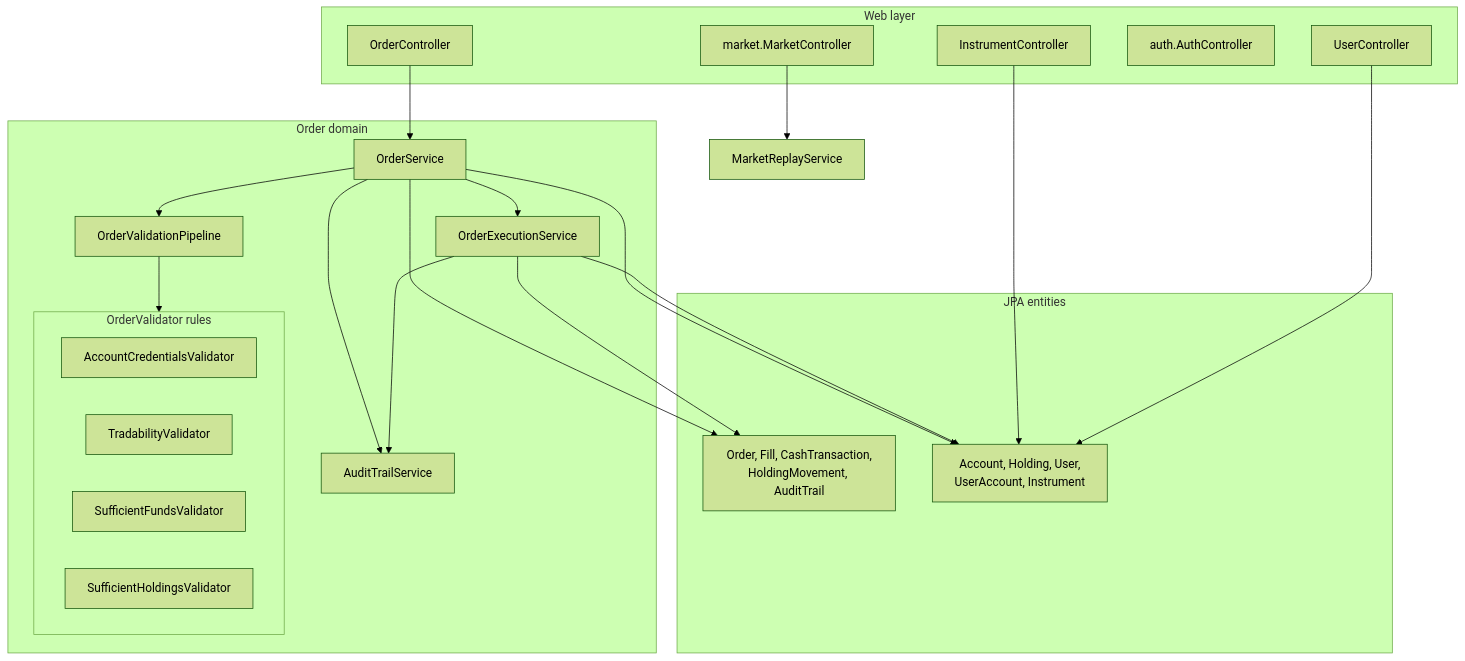
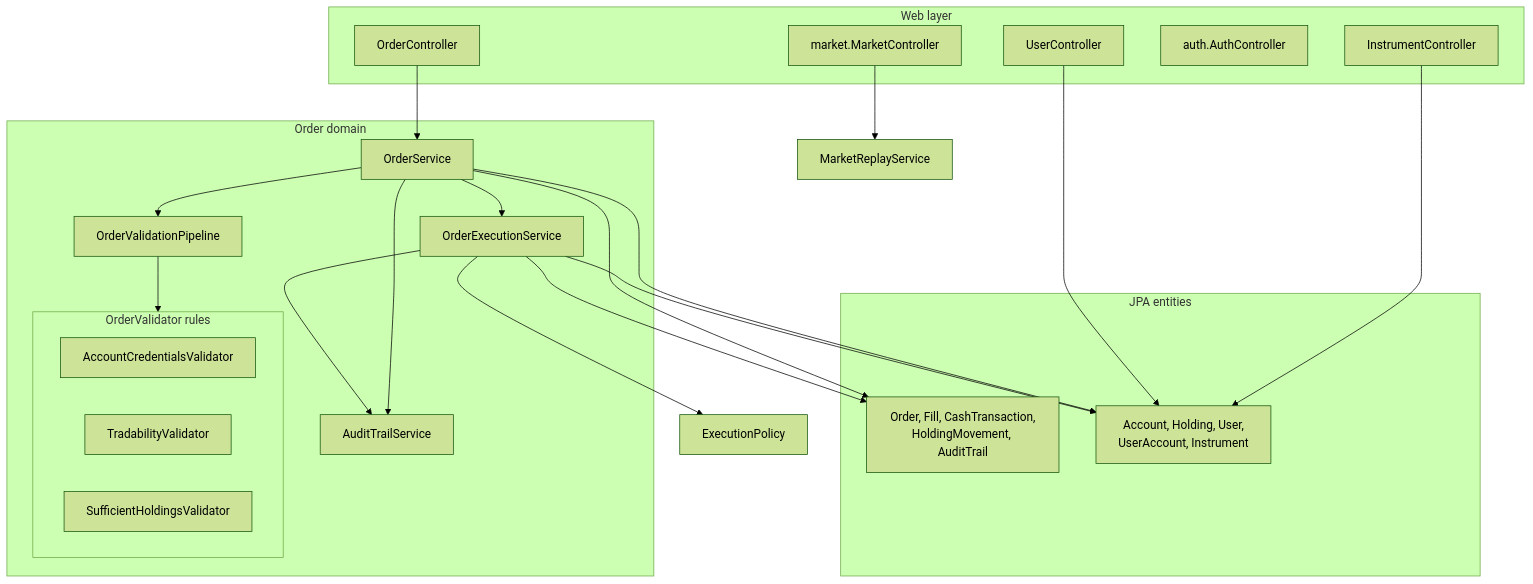
Before and after one commit to seankcheema/trading-season: the first of 3 diagrams in apps/order-and-sell-service/README.md, drawn with Mermaid (forest theme). The commit also changed other lines of this file and 87 other files, not shown here.

````diff
--- a/apps/order-and-sell-service/README.md
+++ b/apps/order-and-sell-service/README.md
@@ -37,39 +39,39 @@
 ```mermaid
 flowchart TB
     subgraph Web["Web layer"]
         OC[OrderController]
         IC[InstrumentController]
         UC[UserController]
         AC[auth.AuthController]
         MC[market.MarketController]
     end
     subgraph Domain["Order domain"]
         OS[OrderService]
         VP[OrderValidationPipeline]
         subgraph Rules["OrderValidator rules"]
             V1[AccountCredentialsValidator]
             V2[TradabilityValidator]
-            V3[SufficientFundsValidator]
             V4[SufficientHoldingsValidator]
         end
         OE[OrderExecutionService]
         AT[AuditTrailService]
     end
     subgraph Data["JPA entities"]
         E1["Order, Fill, CashTransaction,<br/>HoldingMovement, AuditTrail"]
         E2["Account, Holding, User,<br/>UserAccount, Instrument"]
     end
     OC --> OS
     OS --> VP
     VP --> Rules
     OS --> OE
     OS --> AT
+    OE --> EP[ExecutionPolicy]
     OE --> AT
     OS --> E1
     OE --> E1
     OS --> E2
     OE --> E2
     IC --> E2
     UC --> E2
     MC --> MR[MarketReplayService]
 ```
````
